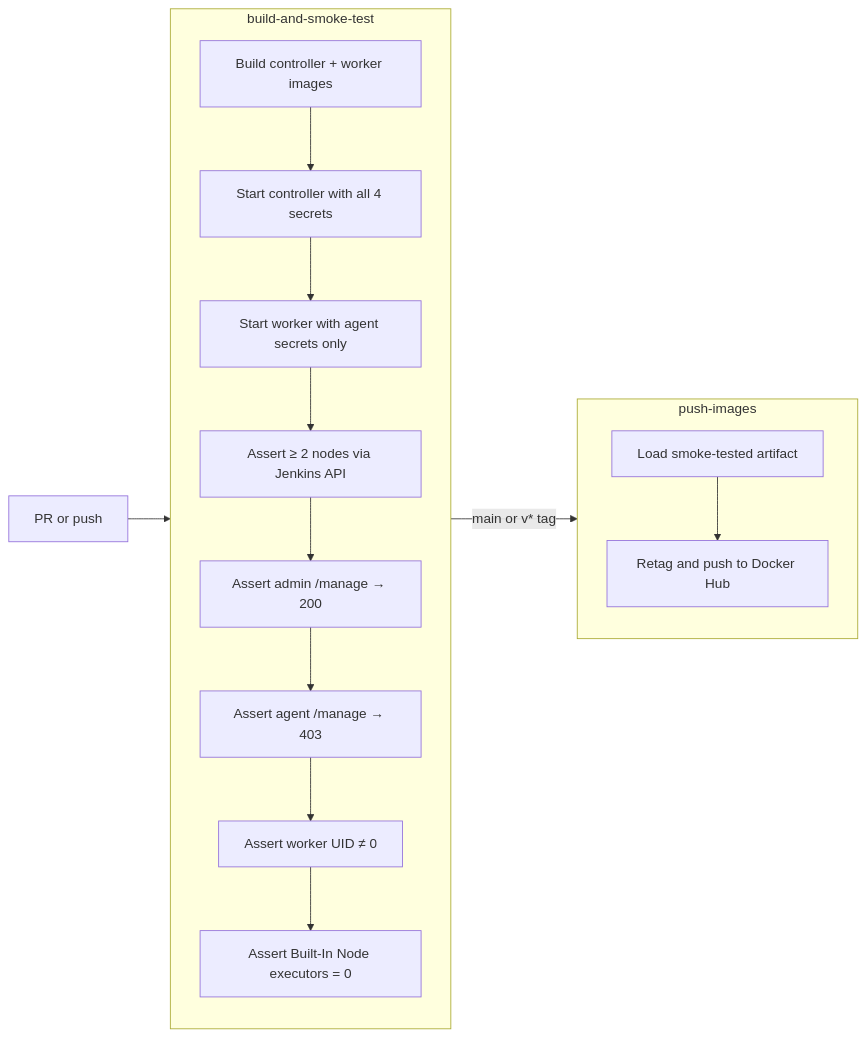
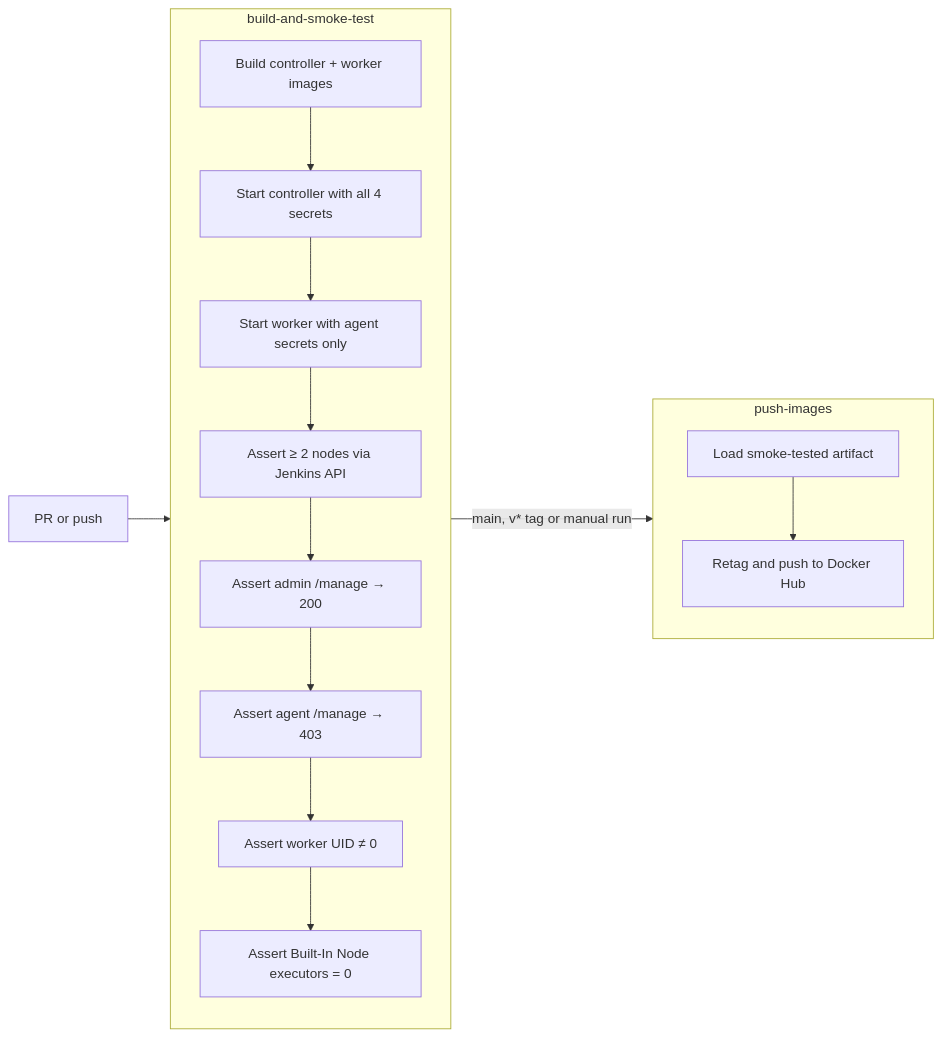
The third of 3 diagrams in README.md (sangharshcs/deploy-jenkins), drawn with Mermaid before and after one commit. The commit also changed other lines of this file, not shown here.

Commit message:
docs: clarify publish conditions in README diagram labels (#17)

````diff
--- a/README.md
+++ b/README.md
@@ -291,25 +291,25 @@
 ```mermaid
 flowchart LR
     PR["PR or push"] --> BUILD
 
     subgraph BUILD ["build-and-smoke-test"]
         direction TB
         B1["Build controller + worker images"]
         B2["Start controller with all 4 secrets"]
         B3["Start worker with agent secrets only"]
         B4["Assert ≥ 2 nodes via Jenkins API"]
         B5["Assert admin /manage → 200"]
         B6["Assert agent /manage → 403"]
         B7["Assert worker UID ≠ 0"]
         B8["Assert Built-In Node executors = 0"]
         B1 --> B2 --> B3 --> B4 --> B5 --> B6 --> B7 --> B8
     end
 
-    B8 -->|"main or v* tag"| PUSH
+    B8 -->|"main, v* tag or manual run"| PUSH
 
     subgraph PUSH ["push-images"]
         P1["Load smoke-tested artifact"]
         P2["Retag and push to Docker Hub"]
         P1 --> P2
     end
 ```
````
